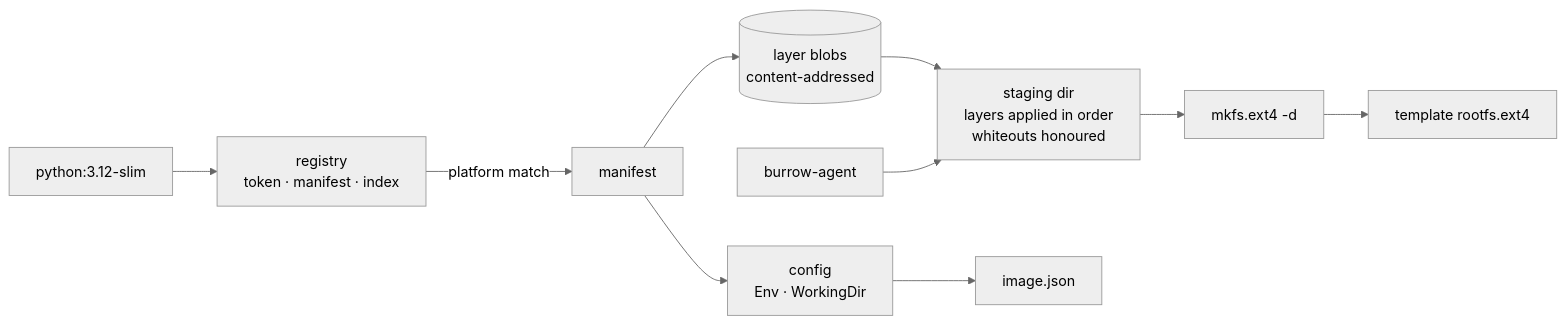
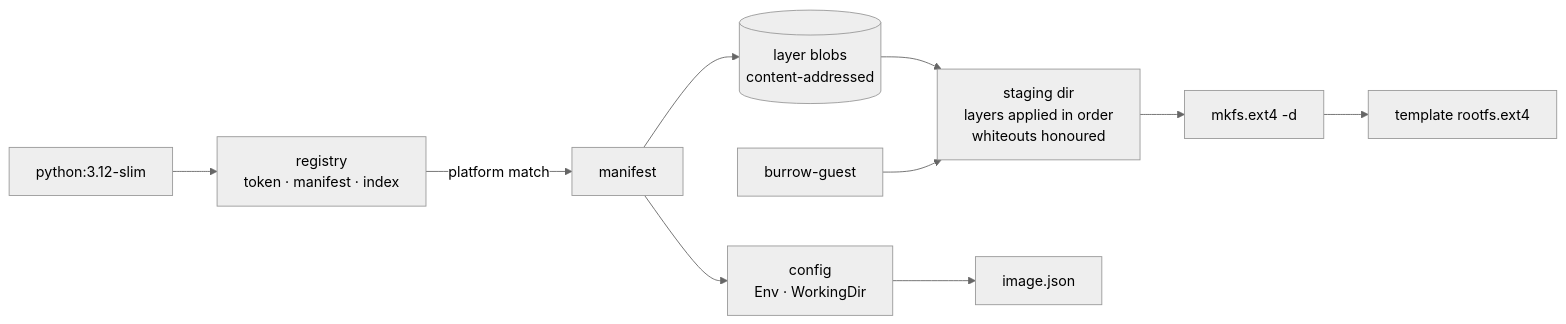
One commit to pixec/burrow changed diagram 11 of 14 in docs/ARCHITECTURE.md. Above: the diagram before and after it, drawn with Mermaid (neutral theme). The commit also changed other lines of this file and 106 other files, not shown here.

````diff
--- a/docs/ARCHITECTURE.md
+++ b/docs/ARCHITECTURE.md
@@ -870,11 +883,11 @@
 ```mermaid
 flowchart LR
     ref["python:3.12-slim"] --> reg["registry<br/>token · manifest · index"]
     reg -->|"platform match"| man["manifest"]
     man --> cfg["config<br/>Env · WorkingDir"]
     man --> blobs[("layer blobs<br/>content-addressed")]
     blobs --> stage["staging dir<br/>layers applied in order<br/>whiteouts honoured"]
-    agent["burrow-agent"] --> stage
+    agent["burrow-guest"] --> stage
     stage --> mkfs["mkfs.ext4 -d"] --> tmpl["template rootfs.ext4"]
     cfg --> meta["image.json"]
 ```
````
